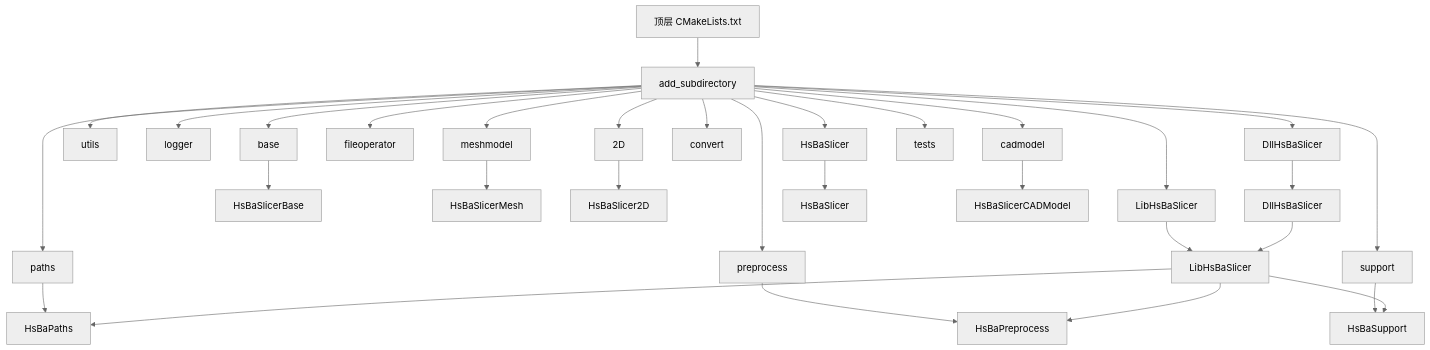
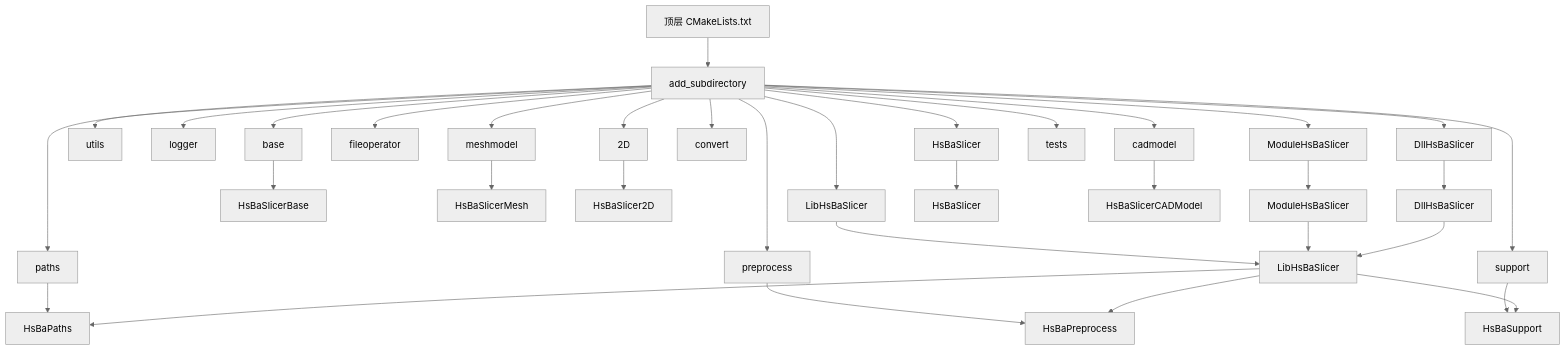
One commit to hsmbanlance/HsBaSlicer changed the first of 3 diagrams in .qoder/repowiki/zh/content/构建与部署/构建与部署.md. Above: the diagram before and after it, drawn with Mermaid (neutral theme). The commit also changed other lines of this file and 19 other files, not shown here.

````diff
--- a/.qoder/repowiki/zh/content/构建与部署/构建与部署.md
+++ b/.qoder/repowiki/zh/content/构建与部署/构建与部署.md
@@ -77,33 +81,36 @@
 ```mermaid
 graph TD
 A[顶层 CMakeLists.txt] --> B[add_subdirectory]
 B --> C[base]
 B --> D[utils]
 B --> E[logger]
 B --> F[2D]
 B --> G[paths]
 B --> H[fileoperator]
 B --> I[meshmodel]
 B --> J[cadmodel]
 B --> K[preprocess]
 B --> L[support]
 B --> M[convert]
 B --> N[LibHsBaSlicer]
-B --> O[DllHsBaSlicer]
-B --> P[HsBaSlicer]
-B --> Q[tests]
-C --> R[HsBaSlicerBase]
-I --> S[HsBaSlicerMesh]
-K --> T[HsBaPreprocess]
-L --> U[HsBaSupport]
-F --> V[HsBaSlicer2D]
-G --> W[HsBaPaths]
-N --> X[LibHsBaSlicer]
-O --> Y[DllHsBaSlicer]
-P --> Z[HsBaSlicer]
-X --> T
-X --> U
-X --> W
+B --> O[ModuleHsBaSlicer]
+B --> P[DllHsBaSlicer]
+B --> Q[HsBaSlicer]
+B --> R[tests]
+C --> S[HsBaSlicerBase]
+I --> T[HsBaSlicerMesh]
+K --> U[HsBaPreprocess]
+L --> V[HsBaSupport]
+F --> W[HsBaSlicer2D]
+G --> X[HsBaPaths]
+N --> Y[LibHsBaSlicer]
+O --> Z[ModuleHsBaSlicer]
+P --> AA[DllHsBaSlicer]
+Q --> BB[HsBaSlicer]
+Y --> U
+Y --> V
 Y --> X
-J --> AA[HsBaSlicerCADModel]
+Z --> Y
+AA --> Y
+J --> CC[HsBaSlicerCADModel]
 ```
````
